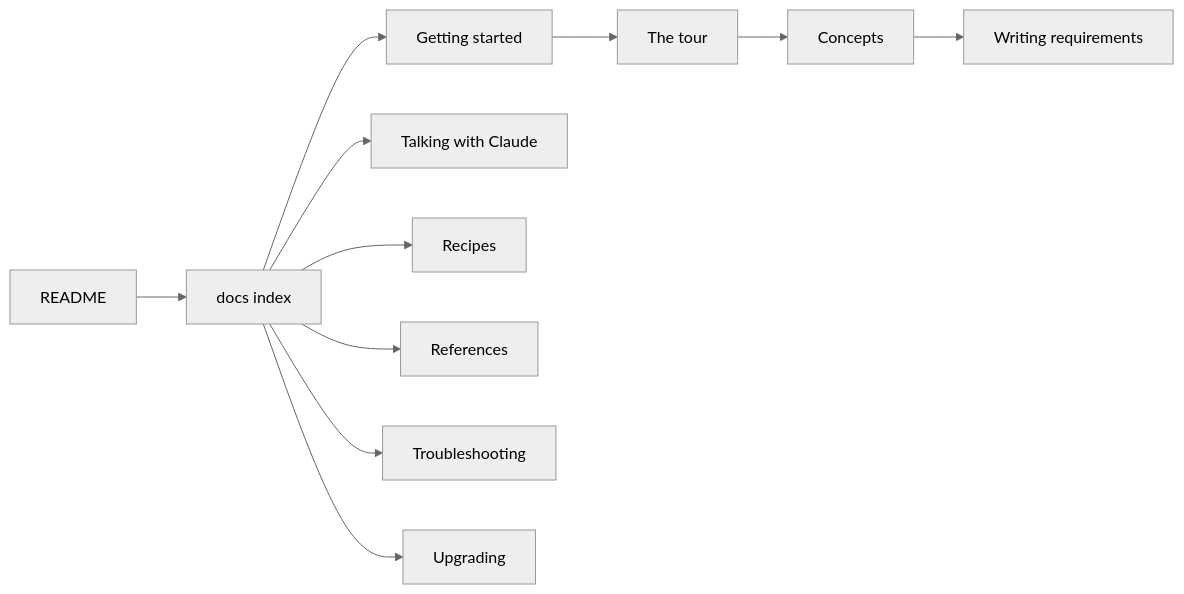
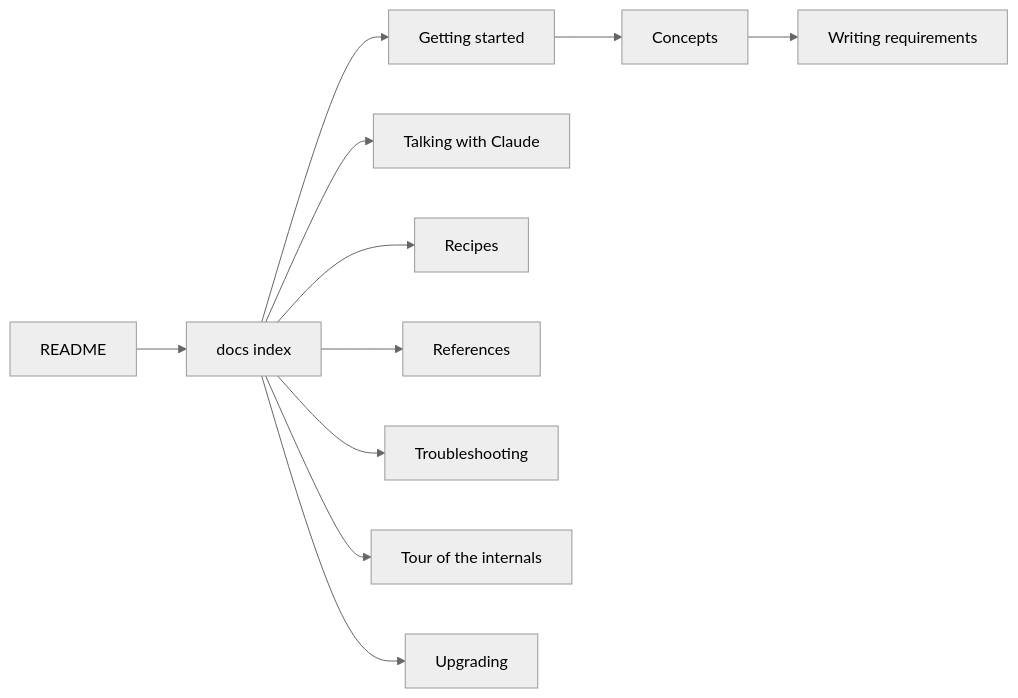
The diagram in docs/index.md (dstengle/shopsystem-bdd), drawn with Mermaid (neutral theme) before and after one commit. The commit also changed other lines of this file and 7 other files, not shown here.

First line of the commit message:
docs/tour.md is renamed docs/internals-tour.md, a tour of what the session runs underneath

````diff
--- a/docs/index.md
+++ b/docs/index.md
@@ -45,10 +46,11 @@
 ```mermaid
 flowchart LR
   R[README] --> I[docs index]
-  I --> GS[Getting started] --> T[The tour] --> C[Concepts] --> W[Writing requirements]
+  I --> GS[Getting started] --> C[Concepts] --> W[Writing requirements]
   I --> TW[Talking with Claude]
   I --> RC[Recipes]
   I --> REF[References]
   I --> TS[Troubleshooting]
+  I --> IT[Tour of the internals]
   I --> UP[Upgrading]
 ```
````
